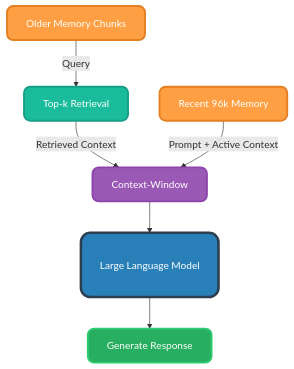
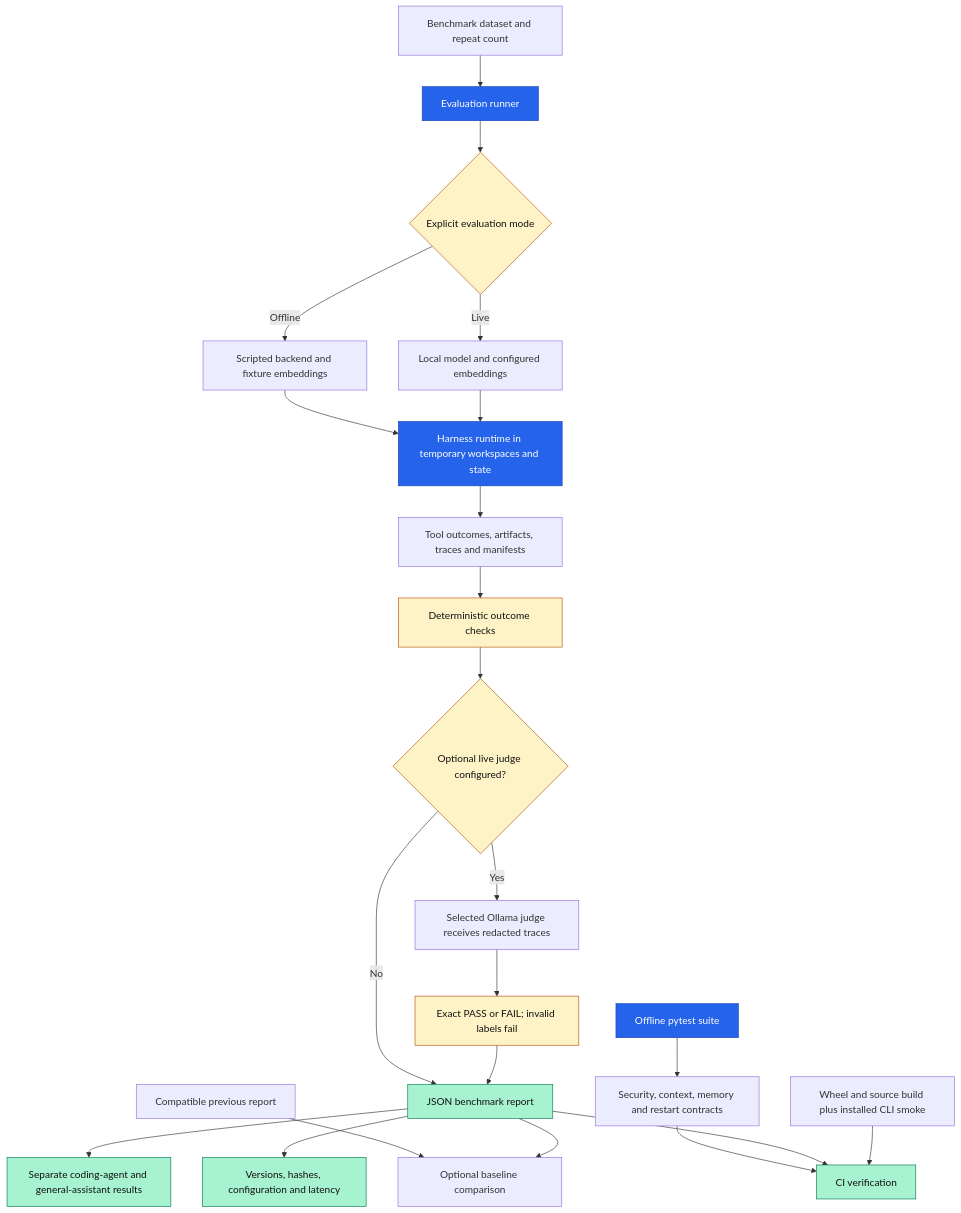
Before and after one commit to user-anto/Harness: the third of 3 diagrams in README.md, drawn with Mermaid. The commit also changed other lines of this file and 78 other files, not shown here.

Commit message:
Improved global Agent Memories by memory curation; Added Memories & Sessions management; Made the UI prettier :)

````diff
--- a/README.md
+++ b/README.md
@@ -79,27 +421,31 @@
 ```mermaid
-graph TD
-    %% Full Memory Array
-    OlderChunks[Older Memory Chunks] -->|Query| TopK[Top-k Retrieval]
-    RecentChunks[Recent 96k Memory]
-    
-    %% Assembling the Context Window
-    TopK -->|Retrieved Context| ContextWindow[Context-Window]
-    RecentChunks -->|Prompt + Active Context| ContextWindow
-    
-    %% Core Processing
-    ContextWindow --> LLM[Large Language Model]
-    LLM --> Output[Generate Response]
-    
-    %% Colourful Styling
-    classDef memory fill:#ff9f43,stroke:#e67e22,stroke-width:3px,color:#fff,rx:10,ry:10;
-    classDef retrieval fill:#1abc9c,stroke:#16a085,stroke-width:3px,color:#fff,rx:10,ry:10;
-    classDef context fill:#9b59b6,stroke:#8e44ad,stroke-width:3px,color:#fff,rx:10,ry:10;
-    classDef llmNode fill:#2980b9,stroke:#2c3e50,stroke-width:4px,color:#fff,padding:40px,rx:15,ry:15;
-    classDef output fill:#27ae60,stroke:#2ecc71,stroke-width:3px,color:#fff,rx:10,ry:10;
-    
-    class OlderChunks,RecentChunks memory;
-    class TopK retrieval;
-    class ContextWindow context;
-    class LLM llmNode;
-    class Output output;
+flowchart TD
+  Tests[Offline pytest suite] --> Contracts[Security, context, memory and restart contracts]
+  Dataset[Benchmark dataset and repeat count] --> Runner[Evaluation runner]
+  Runner --> Mode{Explicit evaluation mode}
+  Mode -->|Offline| Scripted[Scripted backend and fixture embeddings]
+  Mode -->|Live| Local[Local model and configured embeddings]
+  Scripted --> Runtime[Harness runtime in temporary workspaces and state]
+  Local --> Runtime
+  Runtime --> Evidence[Tool outcomes, artifacts, traces and manifests]
+  Evidence --> Checks[Deterministic outcome checks]
+  Checks --> JudgeOpt{Optional live judge configured?}
+  JudgeOpt -->|Yes| Judge[Selected Ollama judge receives redacted traces]
+  Judge --> Labels[Exact PASS or FAIL; invalid labels fail]
+  JudgeOpt -->|No| Report[JSON benchmark report]
+  Labels --> Report
+  Report --> Tracks[Separate coding-agent and general-assistant results]
+  Report --> Metadata[Versions, hashes, configuration and latency]
+  Previous[Compatible previous report] --> Compare[Optional baseline comparison]
+  Report --> Compare
+  Contracts --> CI[CI verification]
+  Report --> CI
+  Build[Wheel and source build plus installed CLI smoke] --> CI
+
+  classDef runner fill:#2563eb,stroke:#1e40af,color:#fff;
+  classDef output fill:#a7f3d0,stroke:#047857,color:#111;
+  classDef gate fill:#fef3c7,stroke:#b45309,color:#111;
+  class Runner,Runtime,Tests runner;
+  class Report,Tracks,Metadata,CI output;
+  class Mode,Checks,JudgeOpt,Labels gate;
 ```
````
